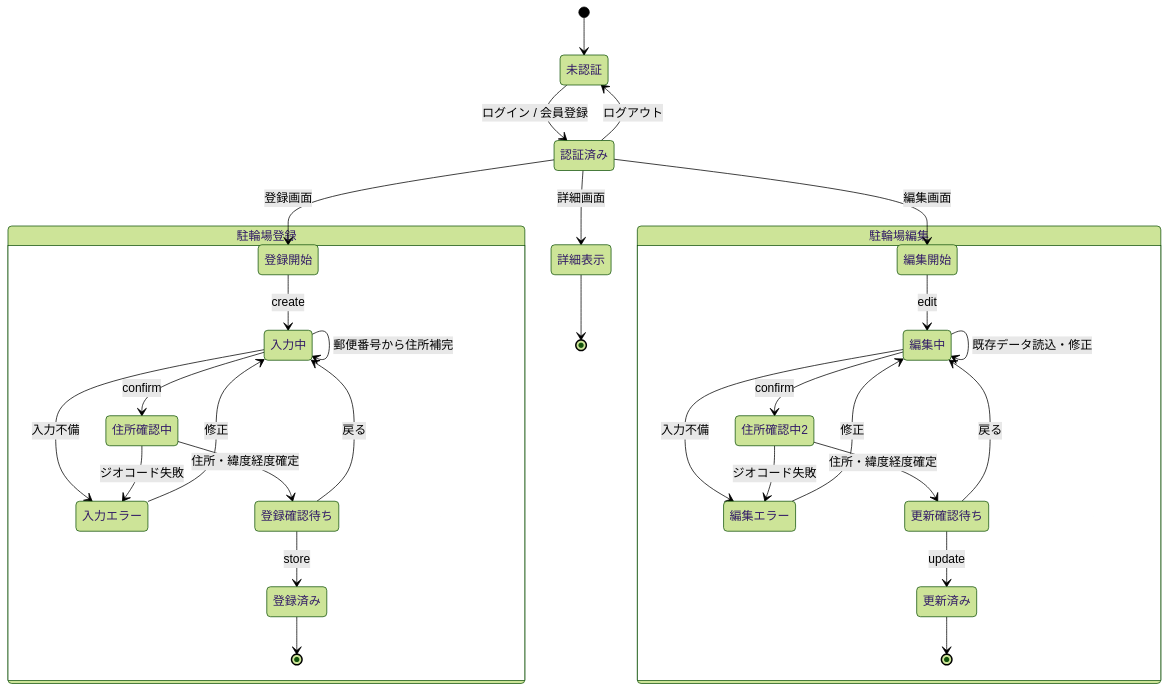
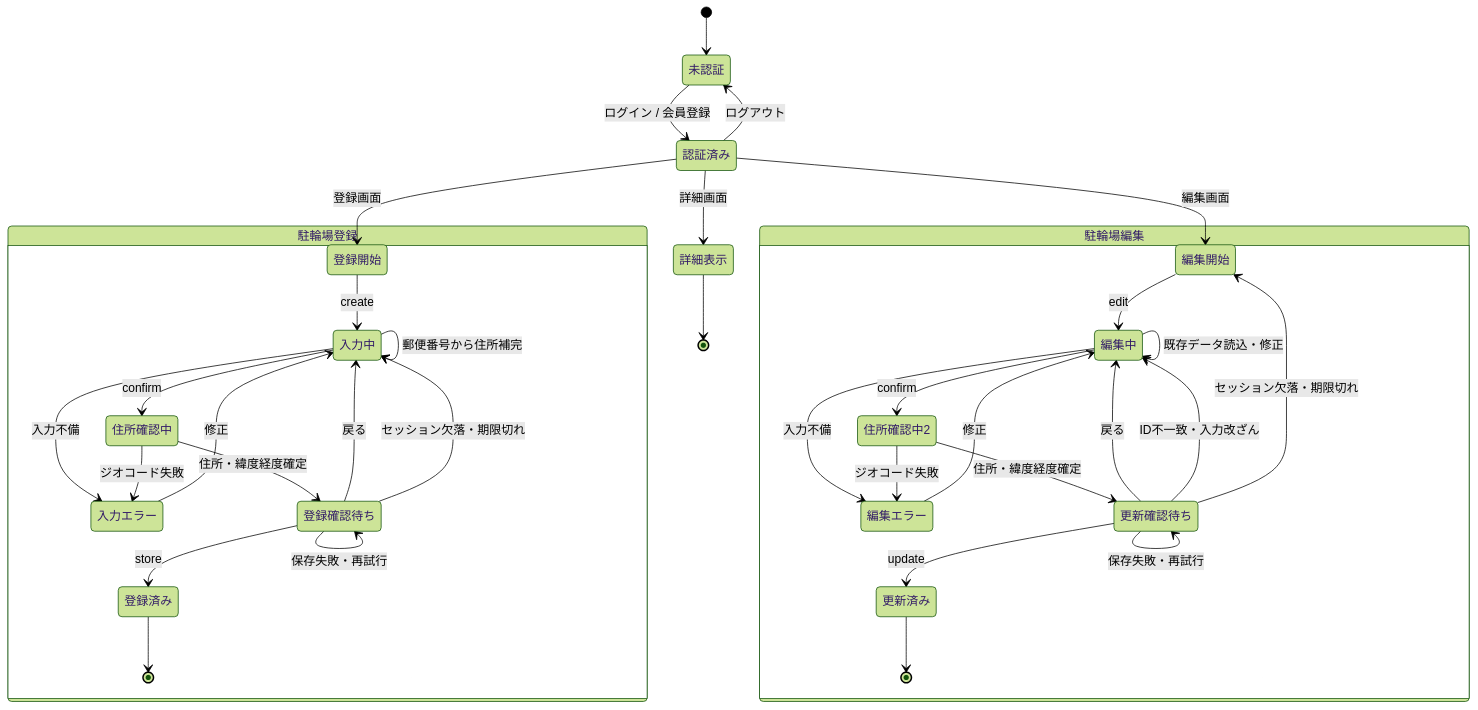
One commit to ariki41/BikeParking changed the first of 3 diagrams in doc/state-transition.md. Above: the diagram before and after it, drawn with Mermaid (forest theme). The commit also changed other lines of this file and 21 other files, not shown here.

````diff
--- a/doc/state-transition.md
+++ b/doc/state-transition.md
@@ -9,37 +9,42 @@
 ```mermaid
 stateDiagram-v2
     [*] --> 未認証
     未認証 --> 認証済み: ログイン / 会員登録
     認証済み --> 未認証: ログアウト
 
     state "駐輪場登録" as create {
         登録開始 --> 入力中: create
         入力中 --> 入力中: 郵便番号から住所補完
         入力中 --> 入力エラー: 入力不備
         入力エラー --> 入力中: 修正
         入力中 --> 住所確認中: confirm
         住所確認中 --> 入力エラー: ジオコード失敗
         住所確認中 --> 登録確認待ち: 住所・緯度経度確定
         登録確認待ち --> 入力中: 戻る
         登録確認待ち --> 登録済み: store
+        登録確認待ち --> 入力中: セッション欠落・期限切れ
+        登録確認待ち --> 登録確認待ち: 保存失敗・再試行
         登録済み --> [*]
     }
 
     state "駐輪場編集" as edit {
         編集開始 --> 編集中: edit
         編集中 --> 編集中: 既存データ読込・修正
         編集中 --> 編集エラー: 入力不備
         編集エラー --> 編集中: 修正
         編集中 --> 住所確認中2: confirm
         住所確認中2 --> 編集エラー: ジオコード失敗
         住所確認中2 --> 更新確認待ち: 住所・緯度経度確定
         更新確認待ち --> 編集中: 戻る
         更新確認待ち --> 更新済み: update
+        更新確認待ち --> 編集中: ID不一致・入力改ざん
+        更新確認待ち --> 編集開始: セッション欠落・期限切れ
+        更新確認待ち --> 更新確認待ち: 保存失敗・再試行
         更新済み --> [*]
     }
 
     認証済み --> 登録開始: 登録画面
     認証済み --> 編集開始: 編集画面
     認証済み --> 詳細表示: 詳細画面
     詳細表示 --> [*]
 ```
````
